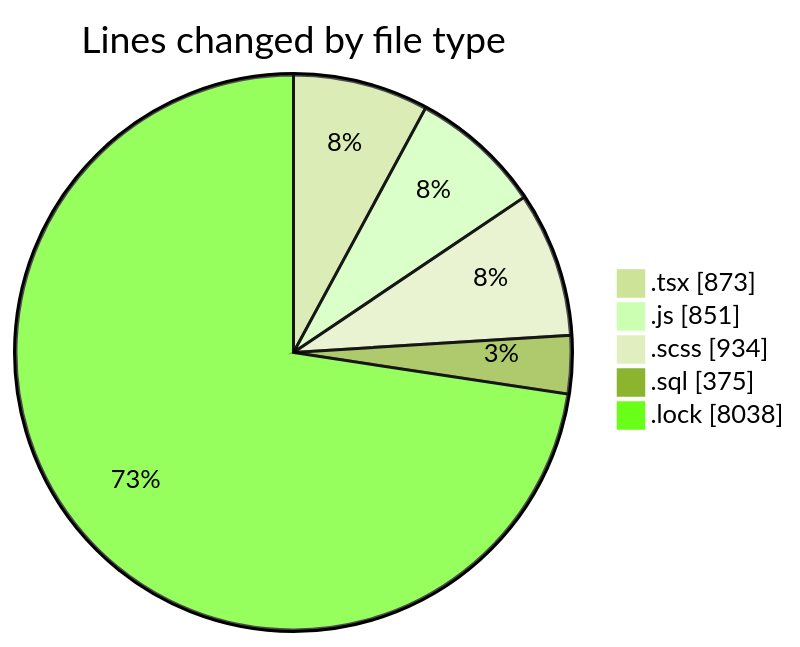
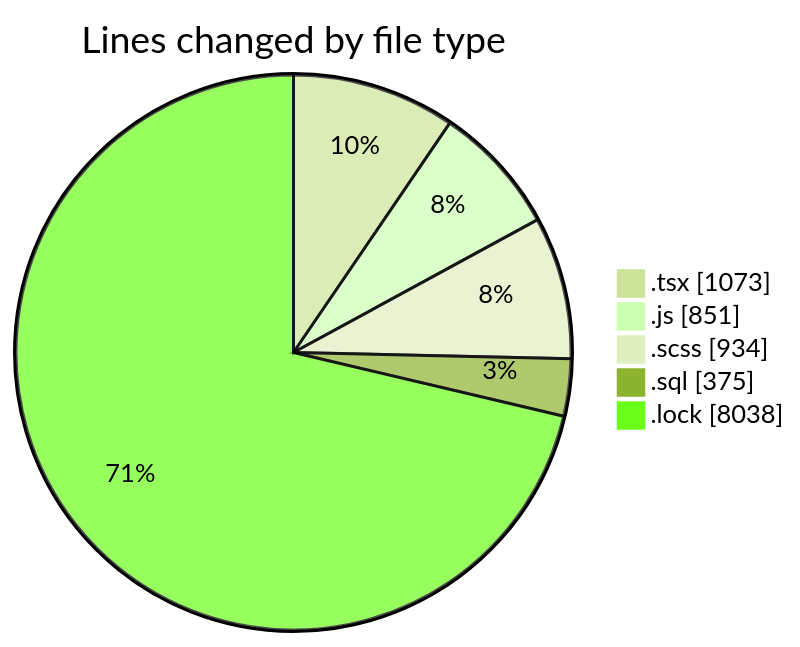
The first of 2 diagrams in 2025-03-18/cda/README.md (momahboobian/code-tracking), drawn with Mermaid (forest theme) before and after one commit. The commit also changed other lines of this file and 1 other file, not shown here.

````diff
--- a/2025-03-18/cda/README.md
+++ b/2025-03-18/cda/README.md
@@ -30,9 +32,9 @@
 ```mermaid
 pie showData
 title Lines changed by file type
-".tsx" : 873
+".tsx" : 1073
 ".js" : 851
 ".scss" : 934
 ".sql" : 375
 ".lock" : 8038
 ```
````
